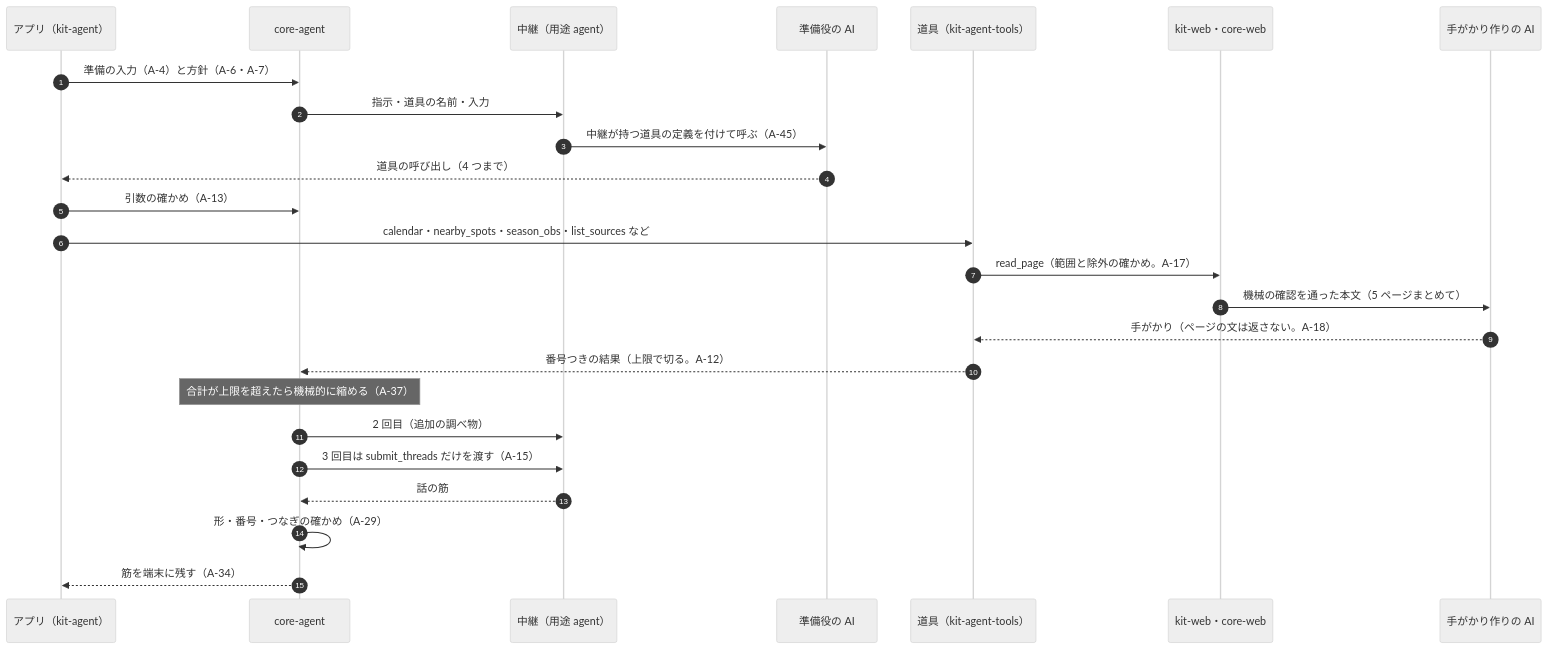
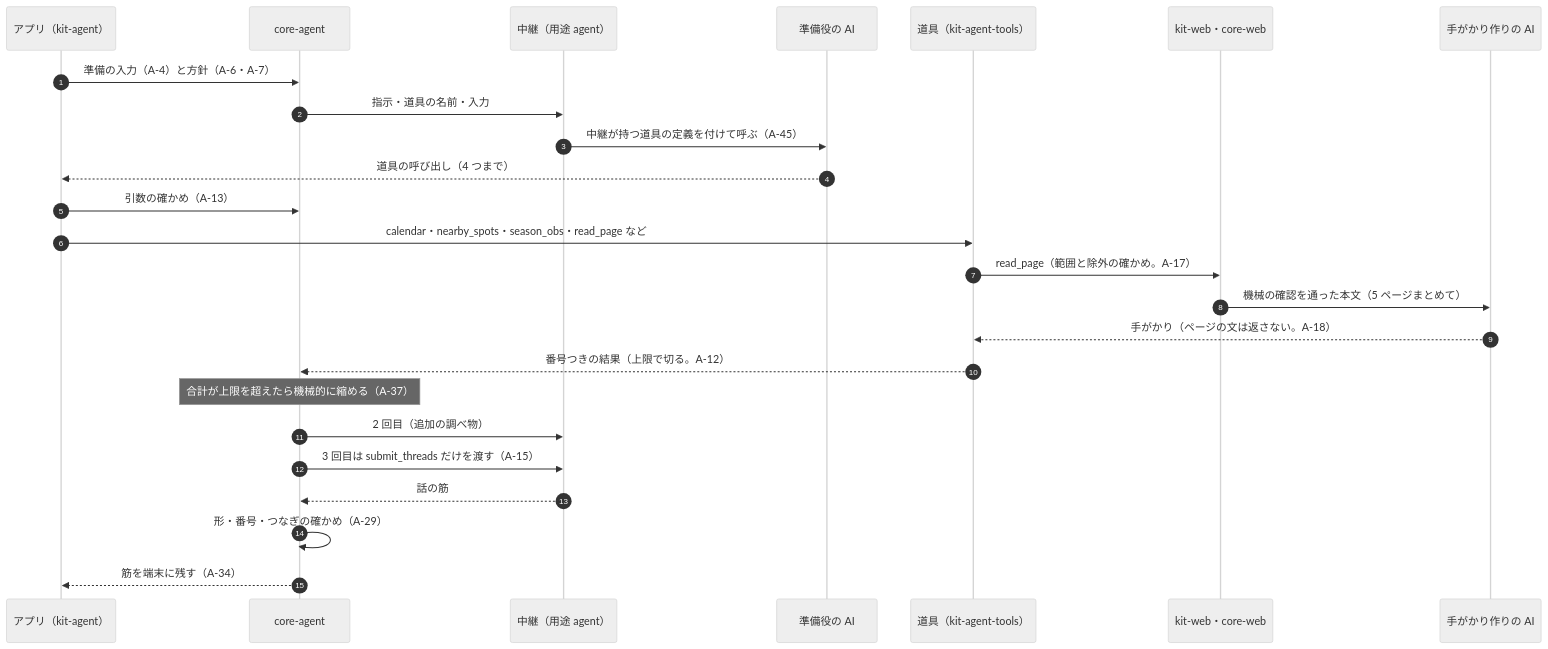
The second of 3 diagrams in docs/decisions/ADR-AGENT.md (duwenji/yorisoi-platform), drawn with Mermaid (neutral theme) before and after one commit. The commit also changed other lines of this file, not shown here.

````diff
--- a/docs/decisions/ADR-AGENT.md
+++ b/docs/decisions/ADR-AGENT.md
@@ -105,27 +107,27 @@
 ```mermaid
 sequenceDiagram
     autonumber
     participant App as アプリ（kit-agent）
     participant Core as core-agent
     participant Relay as 中継（用途 agent）
     participant AI as 準備役の AI
     participant Tools as 道具（kit-agent-tools）
     participant Web as kit-web・core-web
     participant Hints as 手がかり作りの AI
     App->>Core: 準備の入力（A-4）と方針（A-6・A-7）
     Core->>Relay: 指示・道具の名前・入力
     Relay->>AI: 中継が持つ道具の定義を付けて呼ぶ（A-45）
     AI-->>App: 道具の呼び出し（4 つまで）
     App->>Core: 引数の確かめ（A-13）
-    App->>Tools: calendar・nearby_spots・season_obs・list_sources など
+    App->>Tools: calendar・nearby_spots・season_obs・read_page など
     Tools->>Web: read_page（範囲と除外の確かめ。A-17）
     Web->>Hints: 機械の確認を通った本文（5 ページまとめて）
     Hints-->>Tools: 手がかり（ページの文は返さない。A-18）
     Tools-->>Core: 番号つきの結果（上限で切る。A-12）
     Note over Core: 合計が上限を超えたら機械的に縮める（A-37）
     Core->>Relay: 2 回目（追加の調べ物）
     Core->>Relay: 3 回目は submit_threads だけを渡す（A-15）
     Relay-->>Core: 話の筋
     Core->>Core: 形・番号・つなぎの確かめ（A-29）
     Core-->>App: 筋を端末に残す（A-34）
 ```
````
